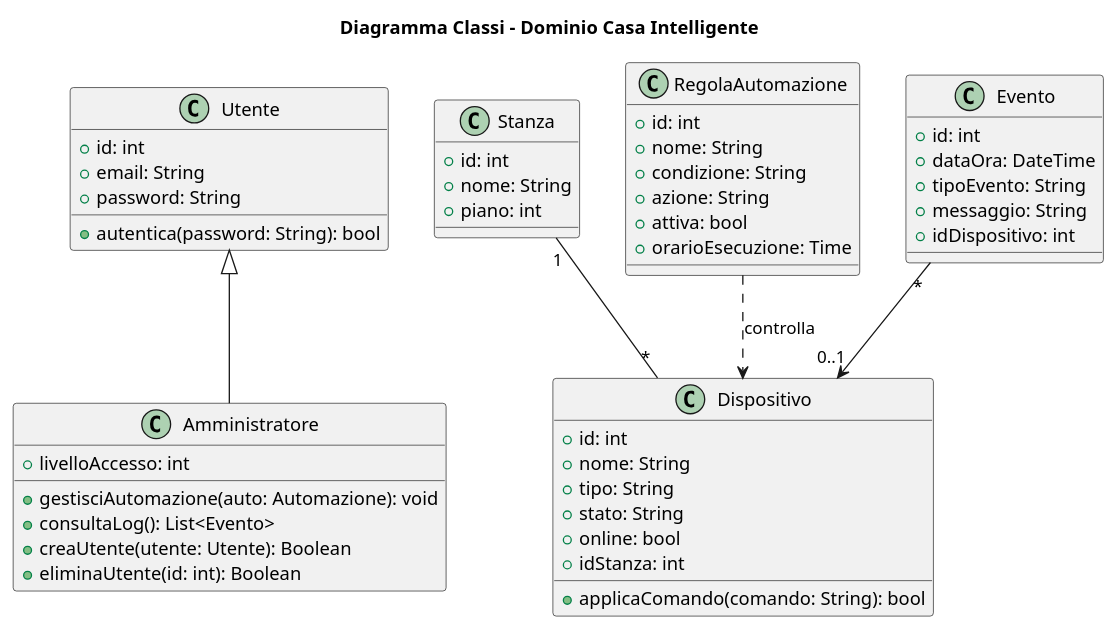
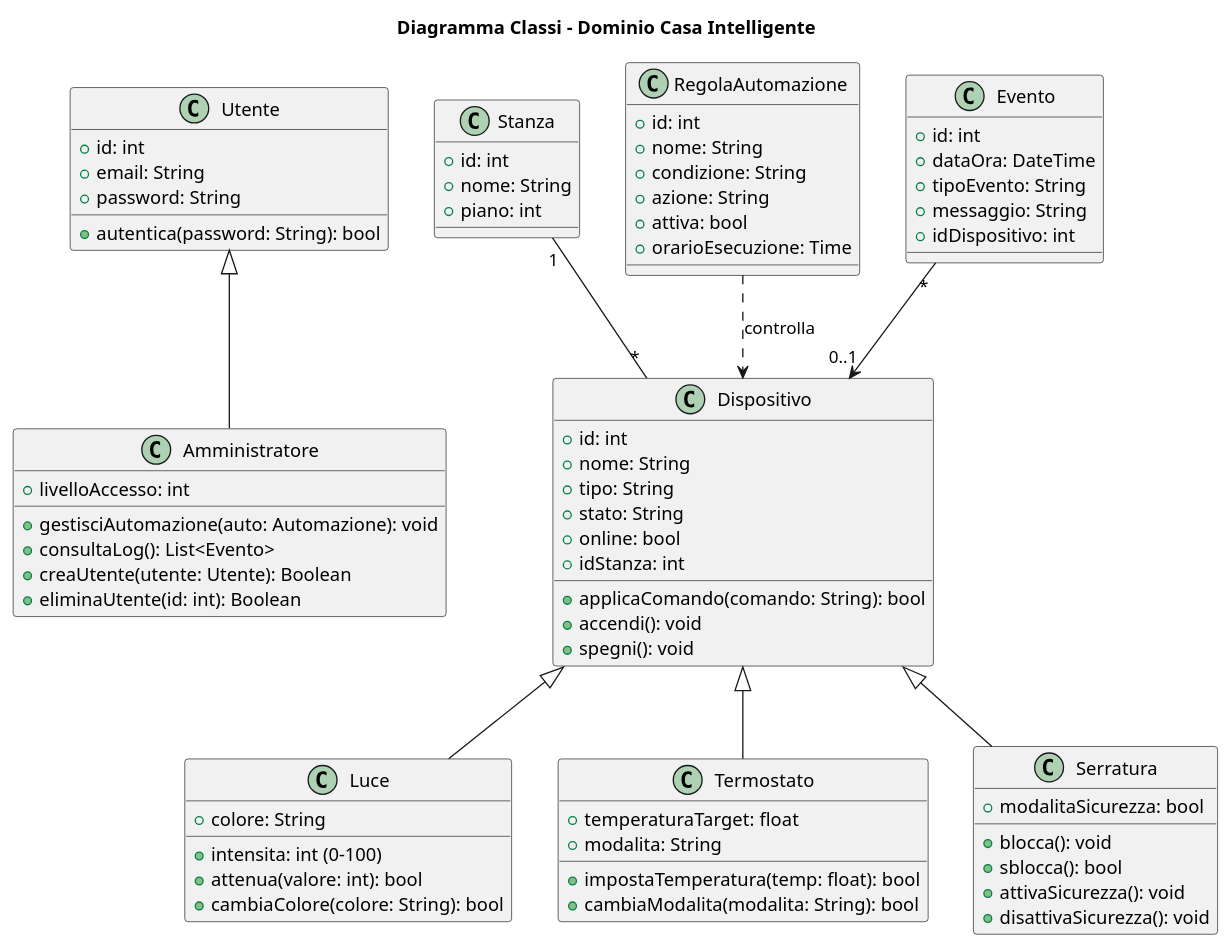
The diagram in diagramma_classi/classi_dominio.puml (LapoCremonesi/ingegneria_del_software), drawn with PlantUML before and after one commit. The commit also changed 57 other files, not shown here.

```diff
--- a/diagramma_classi/classi_dominio.puml
+++ b/diagramma_classi/classi_dominio.puml
@@ -1,56 +1,83 @@
 @startuml
 title Diagramma Classi - Dominio Casa Intelligente
 
 class Utente {
   +id: int
   +email: String
   +password: String
   +autentica(password: String): bool
 }
 
 class Amministratore {
   +livelloAccesso: int
   +gestisciAutomazione(auto: Automazione): void
   +consultaLog(): List<Evento>
   +creaUtente(utente: Utente): Boolean
   +eliminaUtente(id: int): Boolean
 }
 
 class Stanza {
   +id: int
   +nome: String
   +piano: int
 }
 
 class Dispositivo {
   +id: int
   +nome: String
   +tipo: String
   +stato: String
   +online: bool
   +idStanza: int
   +applicaComando(comando: String): bool
+  +accendi(): void
+  +spegni(): void
+}
+
+class Luce {
+  +intensita: int (0-100)
+  +colore: String
+  +attenua(valore: int): bool
+  +cambiaColore(colore: String): bool
+}
+
+class Termostato {
+  +temperaturaTarget: float
+  +modalita: String
+  +impostaTemperatura(temp: float): bool
+  +cambiaModalita(modalita: String): bool
+}
+
+class Serratura {
+  +modalitaSicurezza: bool
+  +blocca(): void
+  +sblocca(): bool
+  +attivaSicurezza(): void
+  +disattivaSicurezza(): void
 }
 
 class RegolaAutomazione {
   +id: int
   +nome: String
   +condizione: String
   +azione: String
   +attiva: bool
   +orarioEsecuzione: Time
 }
 
 class Evento {
   +id: int
   +dataOra: DateTime
   +tipoEvento: String
   +messaggio: String
   +idDispositivo: int
 }
 
 Utente <|-- Amministratore
 Stanza "1" -- "*" Dispositivo
+Dispositivo <|-- Luce
+Dispositivo <|-- Termostato
+Dispositivo <|-- Serratura
 RegolaAutomazione ..> Dispositivo : controlla
 Evento "*" --> "0..1" Dispositivo
 @enduml
```
